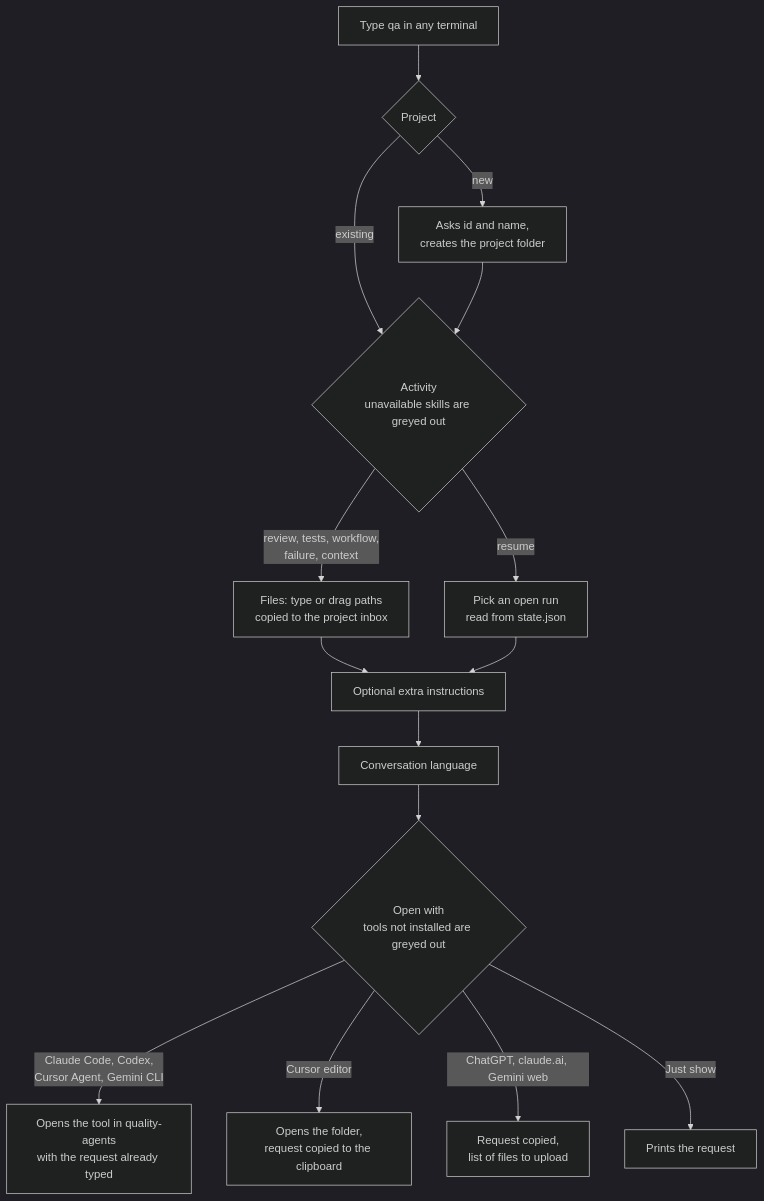
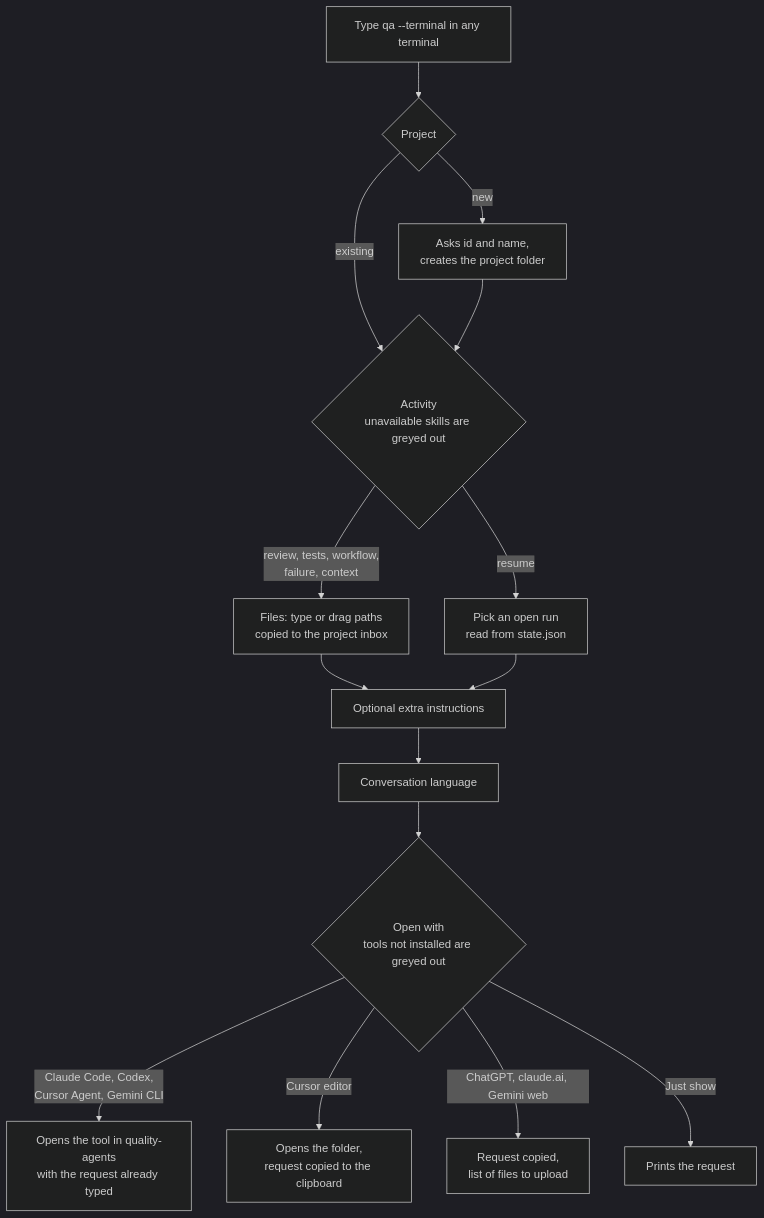
The second of 10 diagrams in README.md (MagnoSz/quality-agents), drawn with Mermaid (dark theme) before and after one commit. The commit also changed other lines of this file and 46 other files, not shown here.

````diff
--- a/README.md
+++ b/README.md
@@ -200,17 +224,17 @@
 ```mermaid
 flowchart TD
-  START["Type qa in any terminal"] --> P{"Project"}
+  START["Type qa --terminal in any terminal"] --> P{"Project"}
   P -->|existing| A
   P -->|new| NP["Asks id and name,<br/>creates the project folder"]
   NP --> A{"Activity<br/>unavailable skills are greyed out"}
   A -->|"review, tests, workflow,<br/>failure, context"| F["Files: type or drag paths<br/>copied to the project inbox"]
   A -->|"resume"| RUN["Pick an open run<br/>read from state.json"]
   F --> N["Optional extra instructions"]
   RUN --> N
   N --> L["Conversation language"]
   L --> T{"Open with<br/>tools not installed are greyed out"}
   T -->|"Claude Code, Codex,<br/>Cursor Agent, Gemini CLI"| OPEN["Opens the tool in quality-agents<br/>with the request already typed"]
   T -->|"Cursor editor"| CUR["Opens the folder,<br/>request copied to the clipboard"]
   T -->|"ChatGPT, claude.ai, Gemini web"| CHAT["Request copied,<br/>list of files to upload"]
   T -->|"Just show"| SHOW["Prints the request"]
 ```
````
